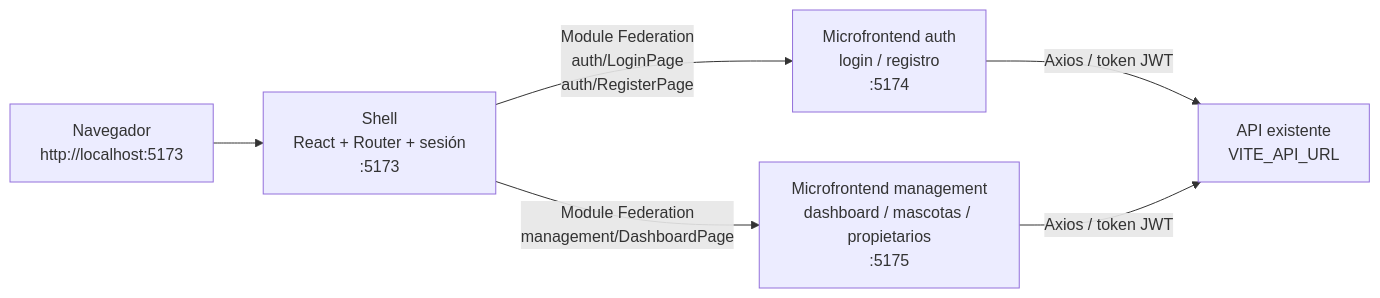
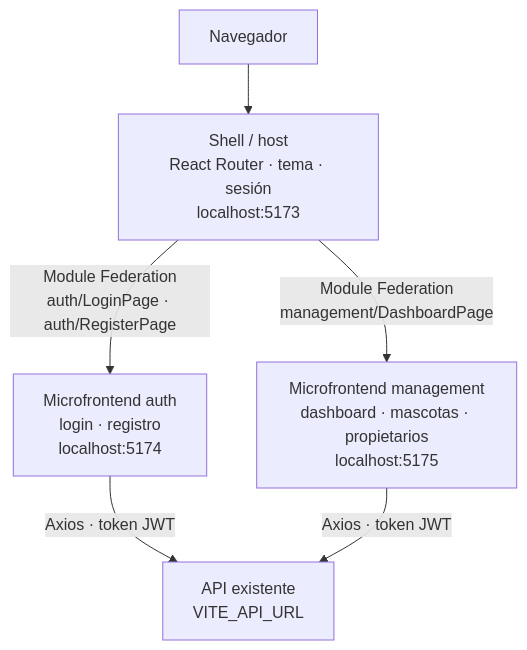
One commit to Umbrabilis/veterinarIA-web changed the first of 3 diagrams in README.md. Above: the diagram before and after it, drawn with Mermaid. The commit also changed other lines of this file, not shown here.

Commit message:
Dockerización y Module Federation para probar

````diff
--- a/README.md
+++ b/README.md
@@ -45,14 +112,14 @@
 ```mermaid
-flowchart LR
-    Browser["Navegador<br/>http://localhost:5173"]
-    Shell["Shell<br/>React + Router + sesión<br/>:5173"]
-    Auth["Microfrontend auth<br/>login / registro<br/>:5174"]
-    Management["Microfrontend management<br/>dashboard / mascotas / propietarios<br/>:5175"]
+flowchart TB
+    Browser["Navegador"]
+    Shell["Shell / host<br/>React Router · tema · sesión<br/>localhost:5173"]
+    Auth["Microfrontend auth<br/>login · registro<br/>localhost:5174"]
+    Management["Microfrontend management<br/>dashboard · mascotas · propietarios<br/>localhost:5175"]
     API["API existente<br/>VITE_API_URL"]
 
     Browser --> Shell
-    Shell -- "Module Federation<br/>auth/LoginPage<br/>auth/RegisterPage" --> Auth
-    Shell -- "Module Federation<br/>management/DashboardPage" --> Management
-    Auth -- "Axios / token JWT" --> API
-    Management -- "Axios / token JWT" --> API
+    Shell -->|"Module Federation<br/>auth/LoginPage · auth/RegisterPage"| Auth
+    Shell -->|"Module Federation<br/>management/DashboardPage"| Management
+    Auth -->|"Axios · token JWT"| API
+    Management -->|"Axios · token JWT"| API
 ```
````
